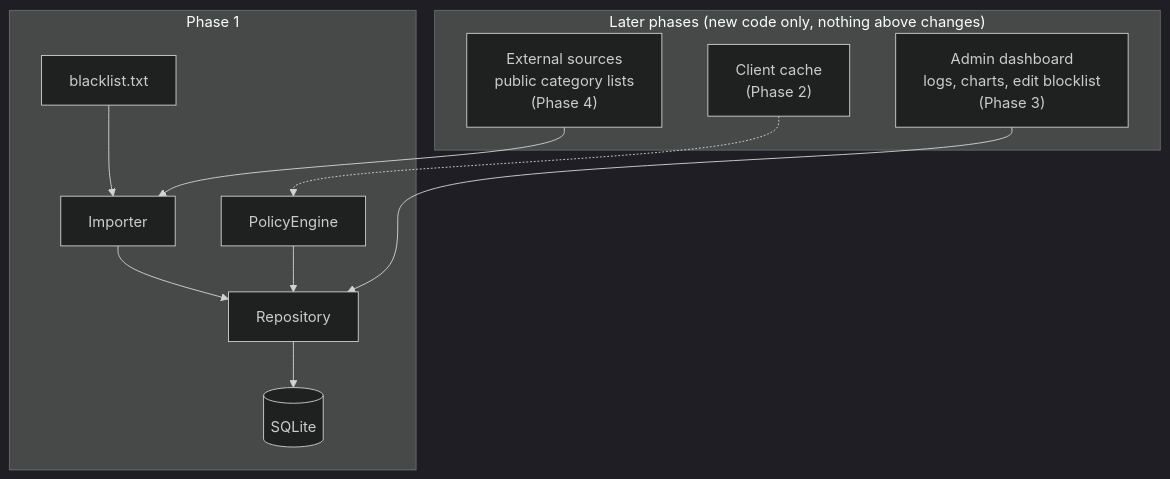
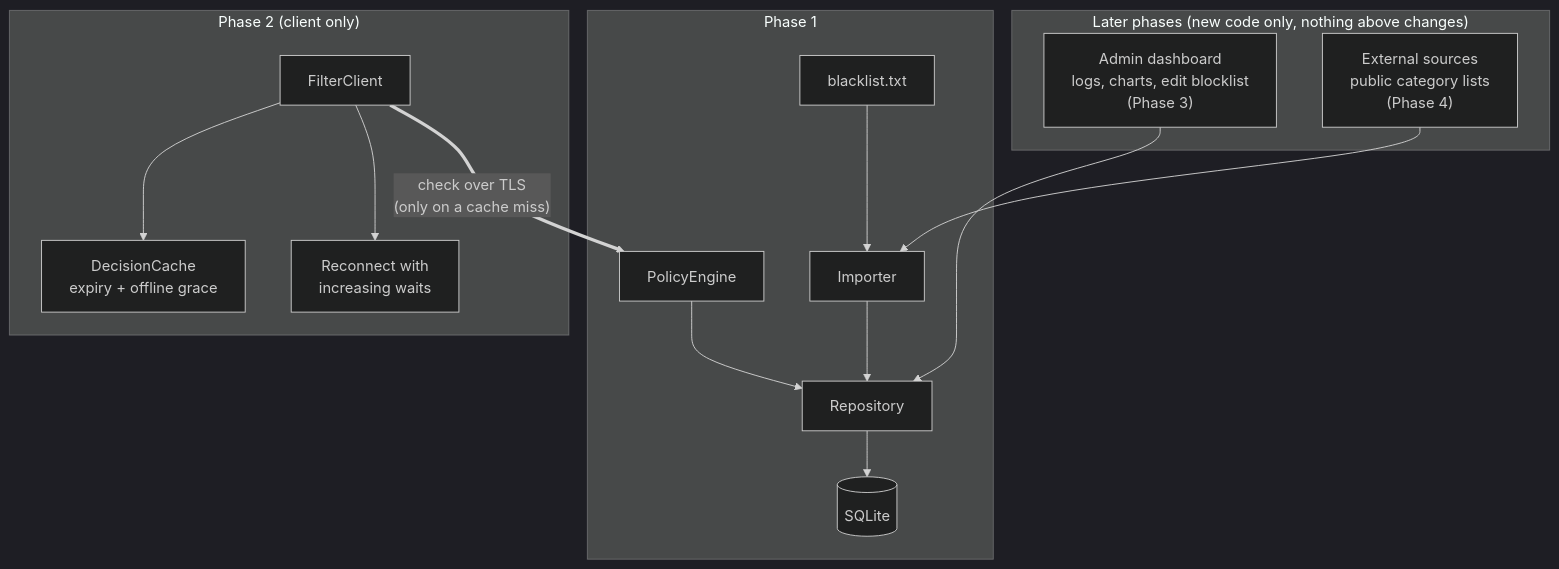
Before and after one commit to itamarimor2009/YearlyProject: diagram 12 of 12 in docs/ARCHITECTURE.md, drawn with Mermaid (dark theme). The commit also changed other lines of this file and 1 other file, not shown here.

First line of the commit message:
Phase 2 design: client cache and offline fallback (SHA-95)

````diff
--- a/docs/ARCHITECTURE.md
+++ b/docs/ARCHITECTURE.md
@@ -455,19 +531,23 @@
 ```mermaid
 flowchart TB
     subgraph NOW["Phase 1"]
         FILE["blacklist.txt"] --> IMP["Importer"]
         IMP --> REPO["Repository"]
         PE["PolicyEngine"] --> REPO
         REPO --> DB[("SQLite")]
     end
 
+    subgraph P2["Phase 2 (client only)"]
+        FC["FilterClient"] --> CACHE["DecisionCache<br/>expiry + offline grace"]
+        FC --> BACK["Reconnect with<br/>increasing waits"]
+    end
+
     subgraph LATER["Later phases (new code only, nothing above changes)"]
-        CACHE["Client cache<br/>(Phase 2)"]
         DASH["Admin dashboard<br/>logs, charts, edit blocklist<br/>(Phase 3)"]
         EXT["External sources<br/>public category lists<br/>(Phase 4)"]
     end
 
+    FC == "check over TLS<br/>(only on a cache miss)" ==> PE
     DASH --> REPO
     EXT --> IMP
-    CACHE -.-> PE
 ```
````
